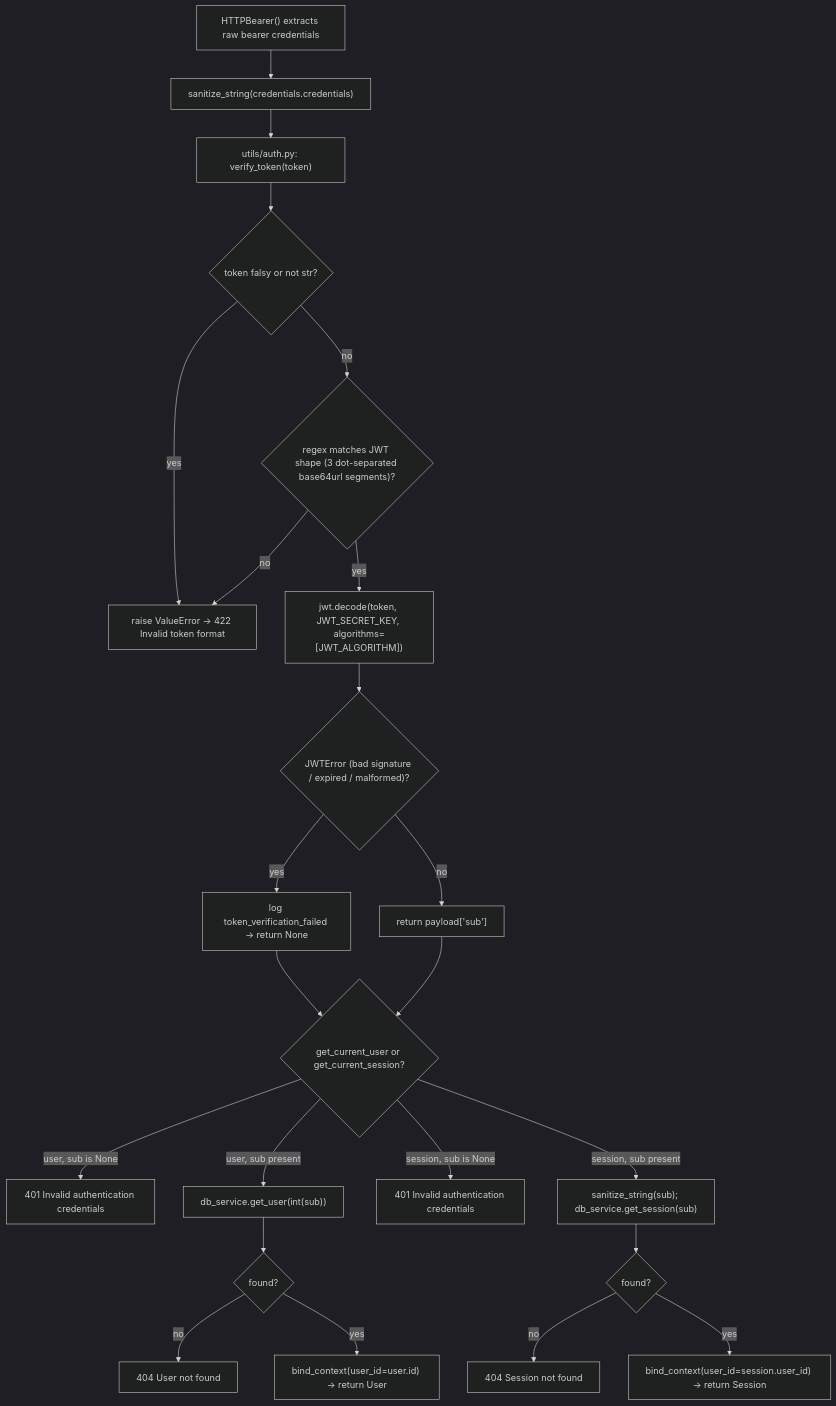
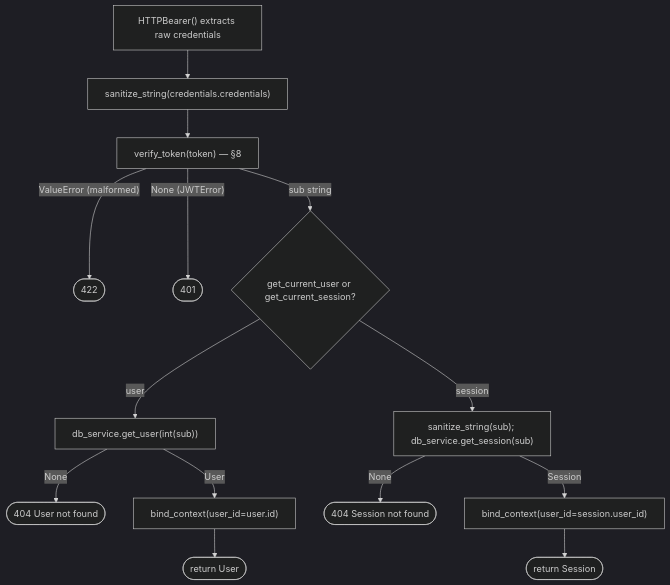
One commit to yashwilk/Craster_ChatBot changed the seventh of 18 diagrams in dataflow.md. Above: the diagram before and after it, drawn with Mermaid (dark theme). The commit also changed other lines of this file, not shown here.

````diff
--- a/dataflow.md
+++ b/dataflow.md
@@ -181,25 +249,16 @@
 ```mermaid
 flowchart TD
-    A["HTTPBearer() extracts raw bearer credentials"] --> B["sanitize_string(credentials.credentials)"]
-    B --> C["utils/auth.py: verify_token(token)"]
-    C --> D{"token falsy or not str?"}
-    D -- yes --> D1["raise ValueError → 422 Invalid token format"]
-    D -- no --> E{"regex matches JWT shape (3 dot-separated base64url segments)?"}
-    E -- no --> D1
-    E -- yes --> F["jwt.decode(token, JWT_SECRET_KEY, algorithms=[JWT_ALGORITHM])"]
-    F --> G{"JWTError (bad signature / expired / malformed)?"}
-    G -- yes --> H["log token_verification_failed → return None"]
-    G -- no --> I["return payload['sub']"]
-    H --> J{"get_current_user or get_current_session?"}
-    I --> J
-    J -- "user, sub is None" --> K1["401 Invalid authentication credentials"]
-    J -- "user, sub present" --> K2["db_service.get_user(int(sub))"]
-    K2 --> K3{"found?"}
-    K3 -- no --> K4["404 User not found"]
-    K3 -- yes --> K5["bind_context(user_id=user.id) → return User"]
-    J -- "session, sub is None" --> L1["401 Invalid authentication credentials"]
-    J -- "session, sub present" --> L2["sanitize_string(sub); db_service.get_session(sub)"]
-    L2 --> L3{"found?"}
-    L3 -- no --> L4["404 Session not found"]
-    L3 -- yes --> L5["bind_context(user_id=session.user_id) → return Session"]
+    A["HTTPBearer() extracts raw credentials"] --> B["sanitize_string(credentials.credentials)"]
+    B --> C["verify_token(token)  — §8"]
+    C -->|"ValueError (malformed)"| Z1(["422"])
+    C -->|"None (JWTError)"| Z2(["401"])
+    C -->|"sub string"| D{"get_current_user or get_current_session?"}
+    D -- user --> E["db_service.get_user(int(sub))"]
+    E -->|"None"| E1(["404 User not found"])
+    E -->|"User"| E2["bind_context(user_id=user.id)"]
+    E2 --> E3(["return User"])
+    D -- session --> F["sanitize_string(sub); db_service.get_session(sub)"]
+    F -->|"None"| F1(["404 Session not found"])
+    F -->|"Session"| F2["bind_context(user_id=session.user_id)"]
+    F2 --> F3(["return Session"])
 ```
````
